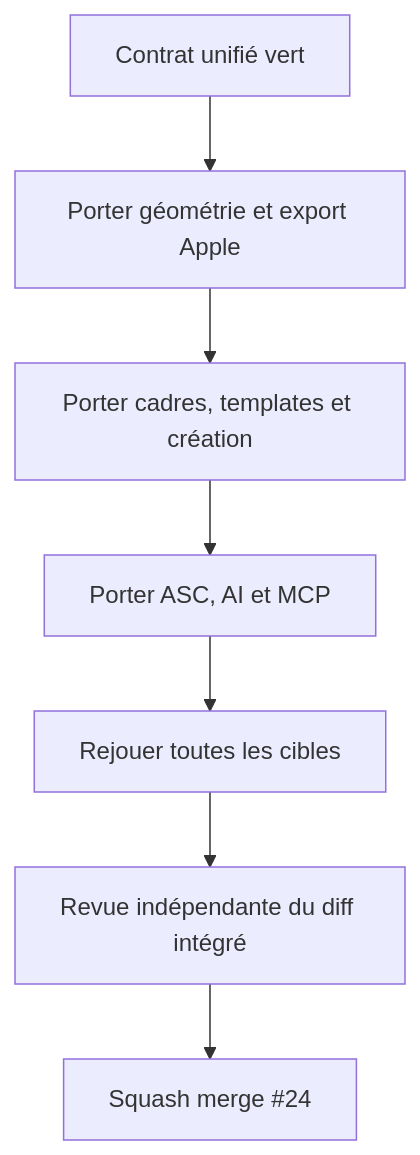
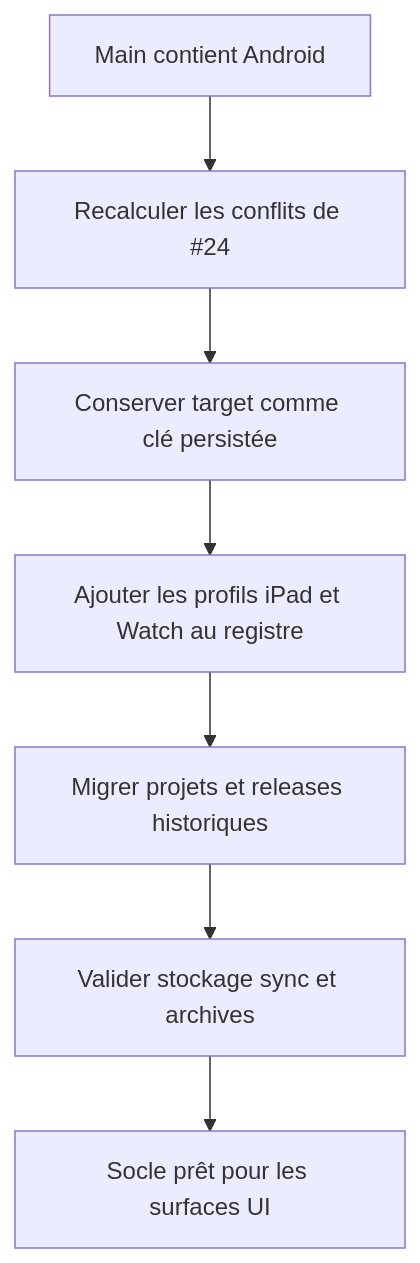
One commit to neogenz/screenforge changed the first of 2 diagrams in aidd_docs/tasks/2026_08/2026_08_22_integrate-open-pull-requests/phase-5.md. Above: the diagram before and after it, drawn with Mermaid. The commit also changed other lines of this file and 8 other files, not shown here.

````diff
--- a/aidd_docs/tasks/2026_08/2026_08_22_integrate-open-pull-requests/phase-5.md
+++ b/aidd_docs/tasks/2026_08/2026_08_22_integrate-open-pull-requests/phase-5.md
@@ -39,9 +31,9 @@
 ```mermaid
 flowchart TD
-  A[Contrat unifié vert] --> B[Porter géométrie et export Apple]
-  B --> C[Porter cadres, templates et création]
-  C --> D[Porter ASC, AI et MCP]
-  D --> E[Rejouer toutes les cibles]
-  E --> F[Revue indépendante du diff intégré]
-  F --> G[Squash merge #24]
+  A[Main contient Android] --> B[Recalculer les conflits de #24]
+  B --> C[Conserver target comme clé persistée]
+  C --> D[Ajouter les profils iPad et Watch au registre]
+  D --> E[Migrer projets et releases historiques]
+  E --> F[Valider stockage sync et archives]
+  F --> G[Socle prêt pour les surfaces UI]
 ```
````
